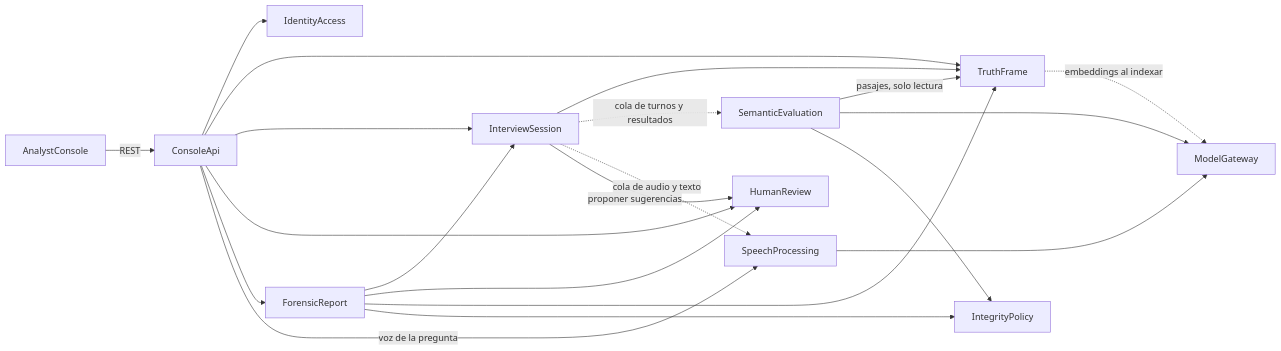
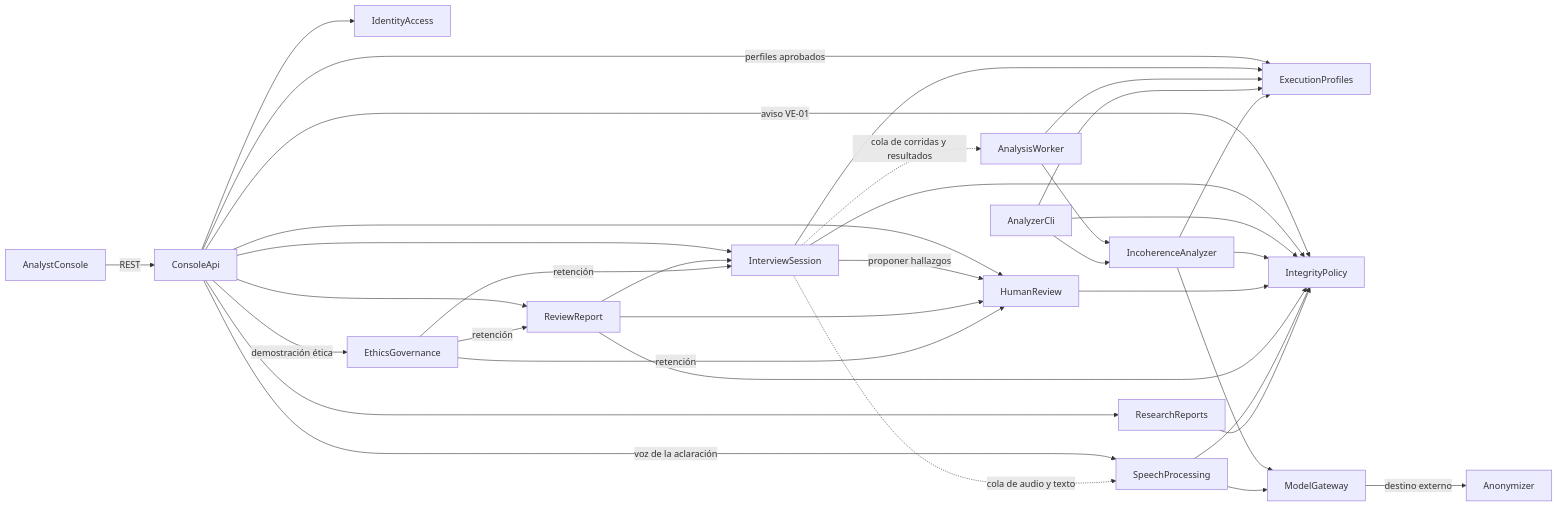
The diagram in aidlc/spaces/default/intents/261002-veridicus-mvp/inception/domain-design/components.md (freyesJaveriana/tai), drawn with Mermaid before and after one commit. The commit also changed other lines of this file and 10 other files, not shown here.

````diff
--- a/aidlc/spaces/default/intents/261002-veridicus-mvp/inception/domain-design/components.md
+++ b/aidlc/spaces/default/intents/261002-veridicus-mvp/inception/domain-design/components.md
@@ -469,23 +803,37 @@
 ```mermaid
 graph LR
   AnalystConsole -->|REST| ConsoleApi
   ConsoleApi --> IdentityAccess
-  ConsoleApi --> TruthFrame
+  ConsoleApi -->|perfiles aprobados| ExecutionProfiles
   ConsoleApi --> InterviewSession
   ConsoleApi --> HumanReview
-  ConsoleApi --> ForensicReport
-  ConsoleApi -->|voz de la pregunta| SpeechProcessing
-  InterviewSession --> TruthFrame
-  InterviewSession -.->|cola de turnos y resultados| SemanticEvaluation
+  ConsoleApi --> ReviewReport
+  ConsoleApi -->|voz de la aclaración| SpeechProcessing
+  ConsoleApi --> ResearchReports
+  ConsoleApi -->|demostración ética| EthicsGovernance
+  ConsoleApi -->|aviso VE-01| IntegrityPolicy
+  InterviewSession --> ExecutionProfiles
+  InterviewSession -.->|cola de corridas y resultados| AnalysisWorker
   InterviewSession -.->|cola de audio y texto| SpeechProcessing
-  InterviewSession -->|proponer sugerencias| HumanReview
-  SemanticEvaluation -->|pasajes, solo lectura| TruthFrame
-  SemanticEvaluation --> ModelGateway
-  SemanticEvaluation --> IntegrityPolicy
-  TruthFrame -.->|embeddings al indexar| ModelGateway
+  InterviewSession -->|proponer hallazgos| HumanReview
+  InterviewSession --> IntegrityPolicy
+  AnalysisWorker --> IncoherenceAnalyzer
+  AnalysisWorker --> ExecutionProfiles
+  AnalyzerCli --> IncoherenceAnalyzer
+  AnalyzerCli --> ExecutionProfiles
+  AnalyzerCli --> IntegrityPolicy
+  IncoherenceAnalyzer --> ModelGateway
+  IncoherenceAnalyzer --> ExecutionProfiles
+  IncoherenceAnalyzer --> IntegrityPolicy
+  ModelGateway -->|destino externo| Anonymizer
+  HumanReview --> IntegrityPolicy
+  ReviewReport --> InterviewSession
+  ReviewReport --> HumanReview
+  ReviewReport --> IntegrityPolicy
   SpeechProcessing --> ModelGateway
-  ForensicReport --> InterviewSession
-  ForensicReport --> HumanReview
-  ForensicReport --> TruthFrame
-  ForensicReport --> IntegrityPolicy
+  SpeechProcessing --> IntegrityPolicy
+  ResearchReports --> IntegrityPolicy
+  EthicsGovernance -->|retención| InterviewSession
+  EthicsGovernance -->|retención| HumanReview
+  EthicsGovernance -->|retención| ReviewReport
 ```
````
